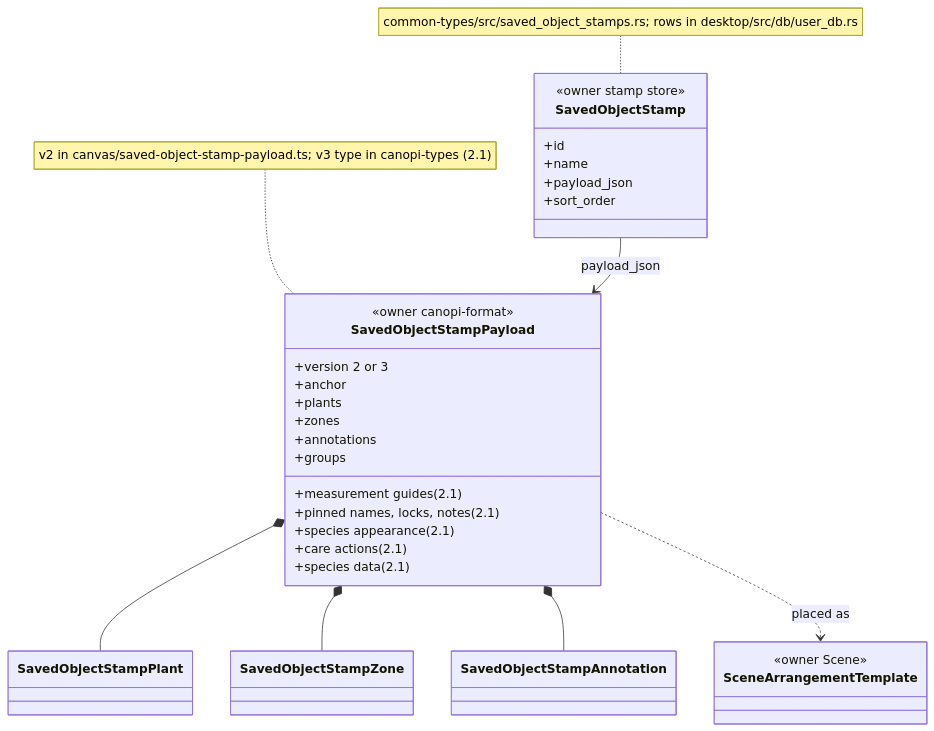
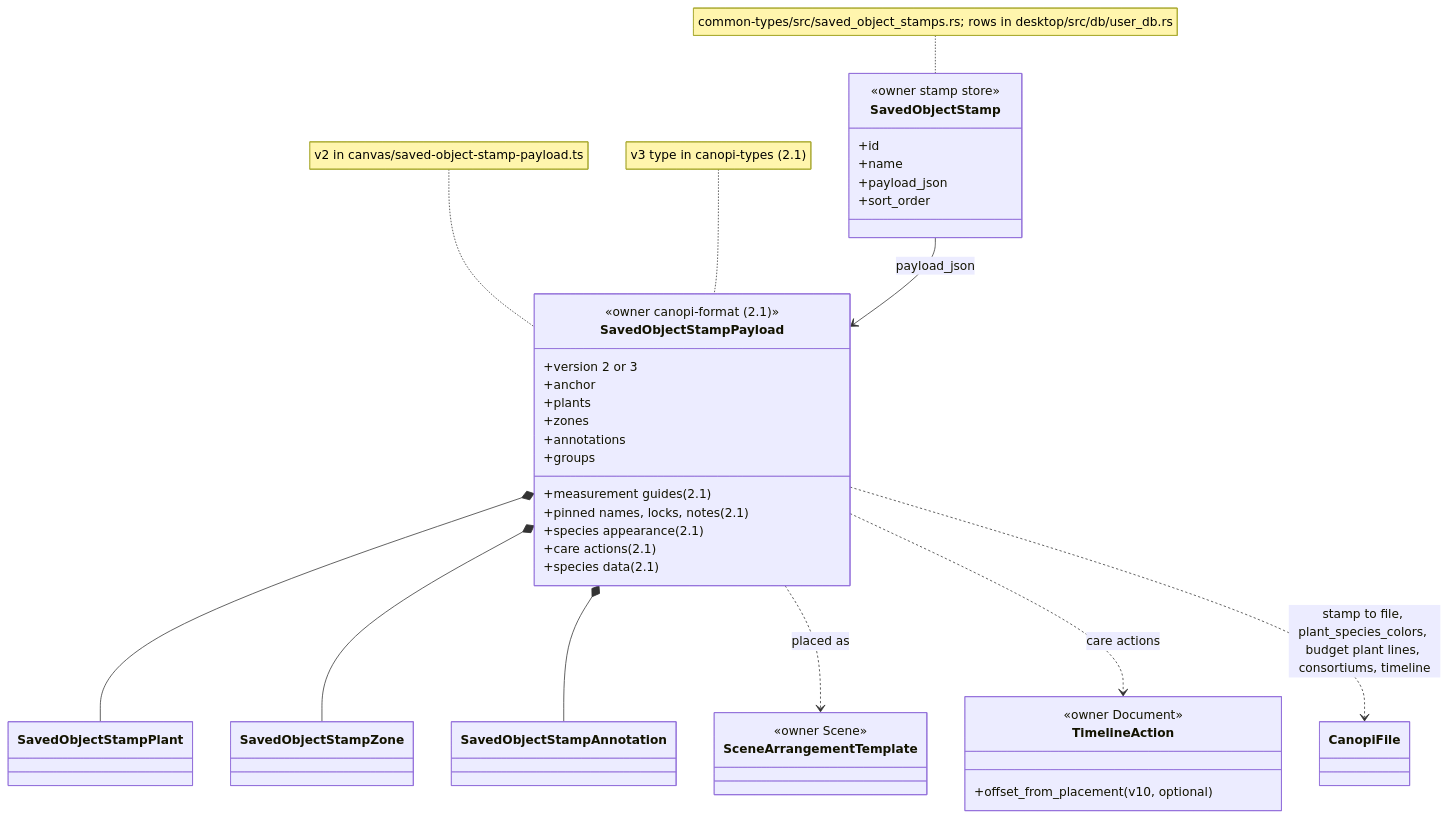
One commit to opencanopi/canopi changed the fourth of 5 diagrams in docs/architecture/data-design.md. Above: the diagram before and after it, drawn with Mermaid. The commit also changed other lines of this file and 33 other files, not shown here.

Commit message:
docs: apply the architecture review's findings to ADRs, plan, contracts, ledger and model

````diff
--- a/docs/architecture/data-design.md
+++ b/docs/architecture/data-design.md
@@ -159,37 +174,44 @@
 ```mermaid
 classDiagram
   class SavedObjectStamp {
     <<owner stamp store>>
     +id
     +name
     +payload_json
     +sort_order
   }
   class SavedObjectStampPayload {
-    <<owner canopi-format>>
+    <<owner canopi-format (2.1)>>
     +version 2 or 3
     +anchor
     +plants
     +zones
     +annotations
     +groups
     +measurement guides (2.1)
     +pinned names, locks, notes (2.1)
     +species appearance (2.1)
     +care actions (2.1)
     +species data (2.1)
   }
   class SavedObjectStampPlant
   class SavedObjectStampZone
   class SavedObjectStampAnnotation
+  class TimelineAction {
+    <<owner Document>>
+    +offset_from_placement (v10, optional)
+  }
   class SceneArrangementTemplate {
     <<owner Scene>>
   }
   SavedObjectStamp --> SavedObjectStampPayload : payload_json
   SavedObjectStampPayload *-- SavedObjectStampPlant
   SavedObjectStampPayload *-- SavedObjectStampZone
   SavedObjectStampPayload *-- SavedObjectStampAnnotation
   SavedObjectStampPayload ..> SceneArrangementTemplate : placed as
-  note for SavedObjectStampPayload "v2 in canvas/saved-object-stamp-payload.ts; v3 type in canopi-types (2.1)"
+  SavedObjectStampPayload ..> TimelineAction : care actions
+  SavedObjectStampPayload ..> CanopiFile : stamp to file, plant_species_colors, budget plant lines, consortiums, timeline
+  note for SavedObjectStampPayload "v2 in canvas/saved-object-stamp-payload.ts"
+  note for SavedObjectStampPayload "v3 type in canopi-types (2.1)"
   note for SavedObjectStamp "common-types/src/saved_object_stamps.rs; rows in desktop/src/db/user_db.rs"
 ```
````
